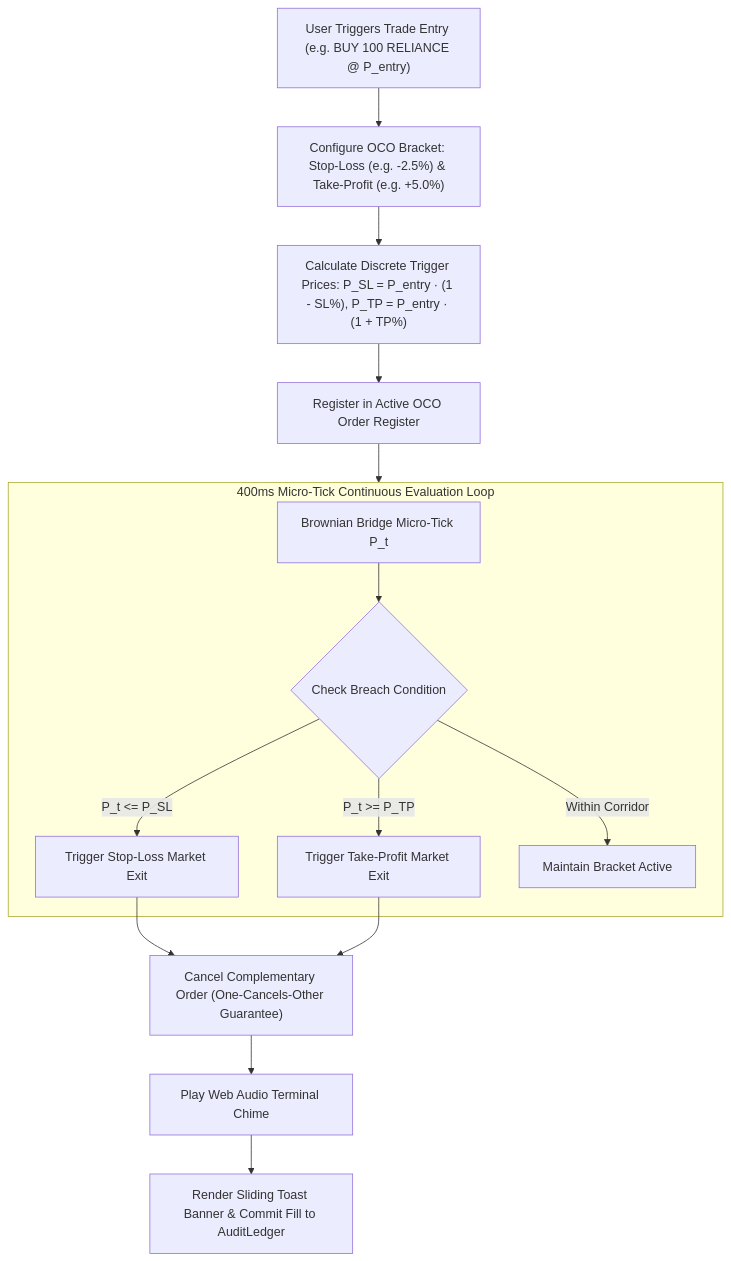
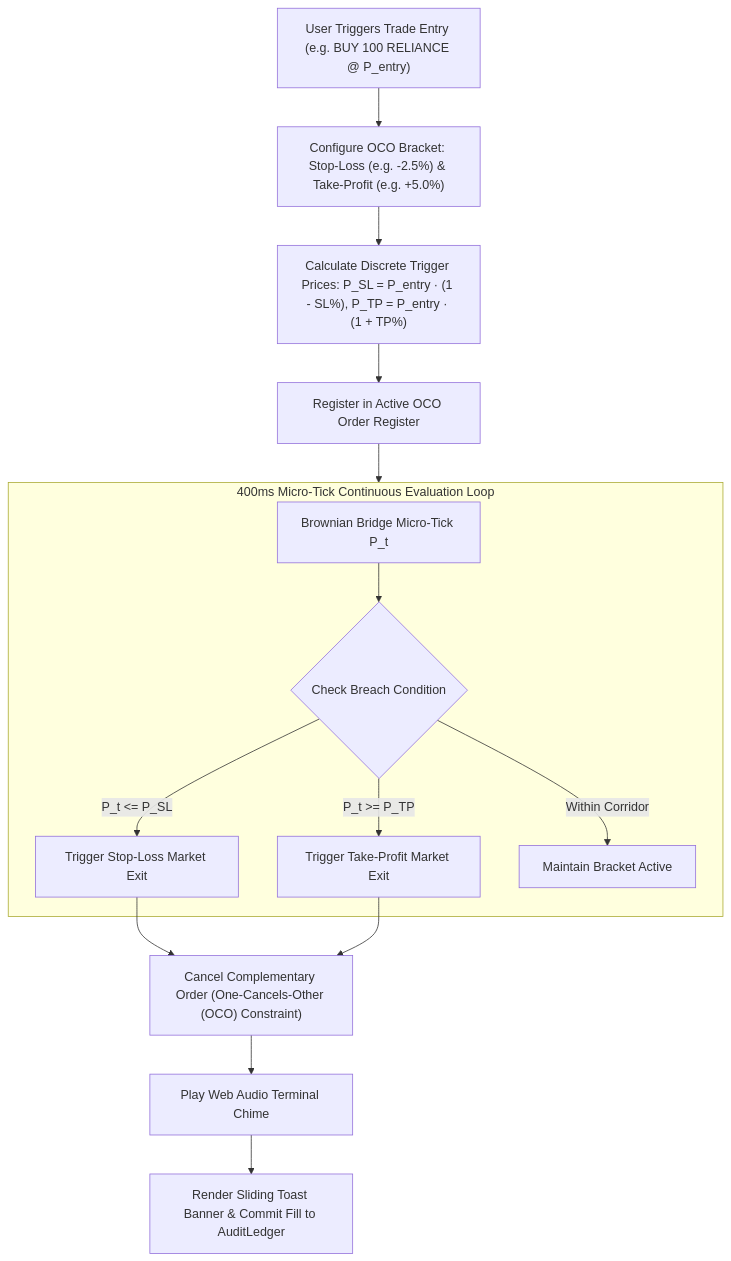
The ninth of 17 diagrams in README.md (Premchandyadav369/RISKOS), drawn with Mermaid before and after one commit. The commit also changed other lines of this file and 26 other files, not shown here.

````diff
--- a/README.md
+++ b/README.md
@@ -366,20 +376,20 @@
 ```mermaid
 flowchart TD
     OrderPlaced["User Triggers Trade Entry (e.g. BUY 100 RELIANCE @ P_entry)"] --> ConfigBracket["Configure OCO Bracket: Stop-Loss (e.g. -2.5%) & Take-Profit (e.g. +5.0%)"]
     
     ConfigBracket --> CalcLevels["Calculate Discrete Trigger Prices: P_SL = P_entry · (1 - SL%), P_TP = P_entry · (1 + TP%)"]
     CalcLevels --> ActiveBracketsList["Register in Active OCO Order Register"]
     
     subgraph TickEngine["400ms Micro-Tick Continuous Evaluation Loop"]
         PriceStream["Brownian Bridge Micro-Tick P_t"] --> CheckBreach{"Check Breach Condition"}
         CheckBreach -->|P_t <= P_SL| TriggerSL["Trigger Stop-Loss Market Exit"]
         CheckBreach -->|P_t >= P_TP| TriggerTP["Trigger Take-Profit Market Exit"]
         CheckBreach -->|Within Corridor| MaintainState["Maintain Bracket Active"]
     end
 
     ActiveBracketsList --> TickEngine
     
-    TriggerSL & TriggerTP --> CancelComplement["Cancel Complementary Order (One-Cancels-Other Guarantee)"]
+    TriggerSL & TriggerTP --> CancelComplement["Cancel Complementary Order (One-Cancels-Other (OCO) Constraint)"]
     CancelComplement --> AudioSynthesizer["Play Web Audio Terminal Chime"]
     AudioSynthesizer --> SlideToast["Render Sliding Toast Banner & Commit Fill to AuditLedger"]
 ```
````
